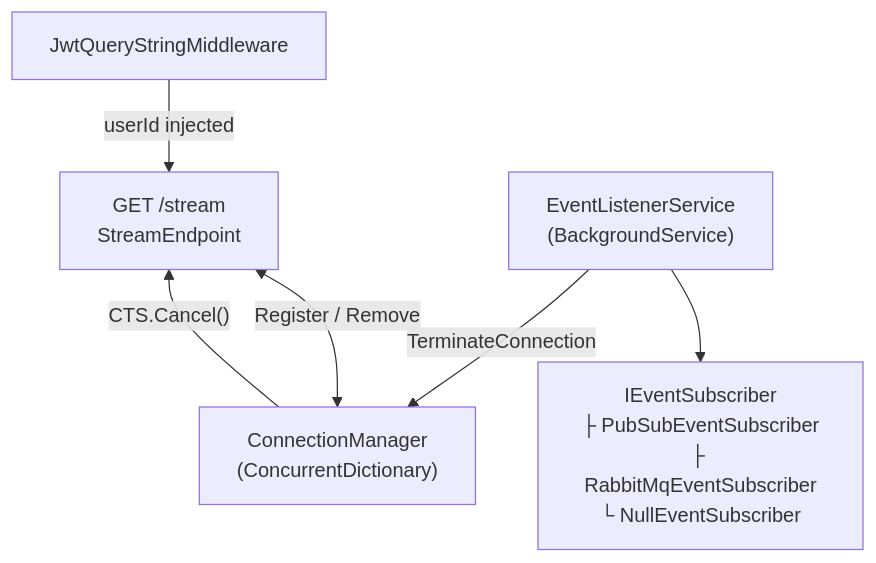
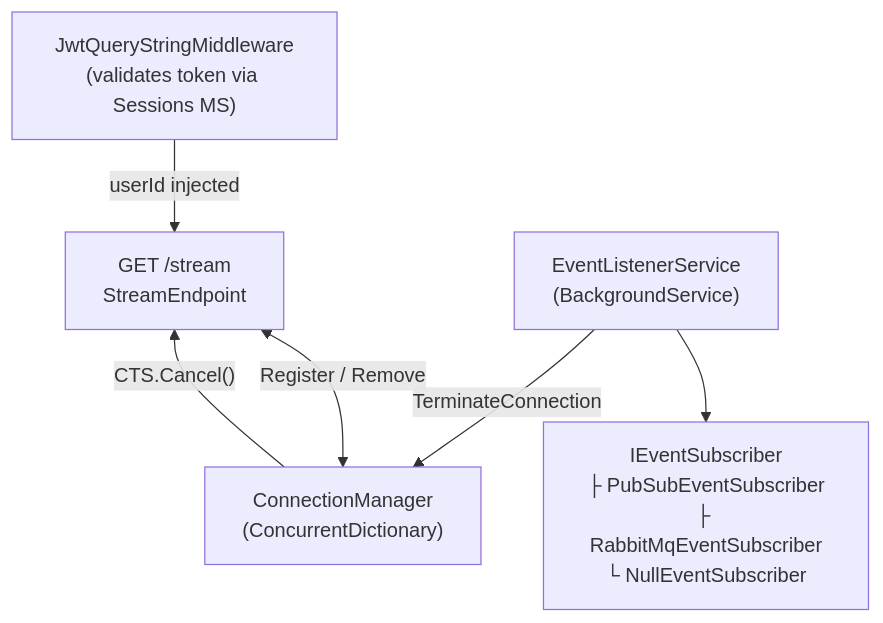
The second of 2 diagrams in docs/overview/architecture.md (jlizarazoa/ColabBoard_Docs), drawn with Mermaid before and after one commit. The commit also changed other lines of this file and 5 other files, not shown here.

First line of the commit message:
docs: add web app, API gateway, and update architecture

````diff
--- a/docs/overview/architecture.md
+++ b/docs/overview/architecture.md
@@ -32,14 +52,14 @@
 ```mermaid
 flowchart TD
-    MW["JwtQueryStringMiddleware"]
+    MW["JwtQueryStringMiddleware\n(validates token via Sessions MS)"]
     EP["GET /stream\nStreamEndpoint"]
     CM["ConnectionManager\n(ConcurrentDictionary)"]
     ELS["EventListenerService\n(BackgroundService)"]
     SUB["IEventSubscriber\n├ PubSubEventSubscriber\n├ RabbitMqEventSubscriber\n└ NullEventSubscriber"]
 
     MW -->|"userId injected"| EP
     EP <-->|"Register / Remove"| CM
     ELS --> SUB
     ELS -->|"TerminateConnection"| CM
     CM -->|"CTS.Cancel()"| EP
 ```
````
